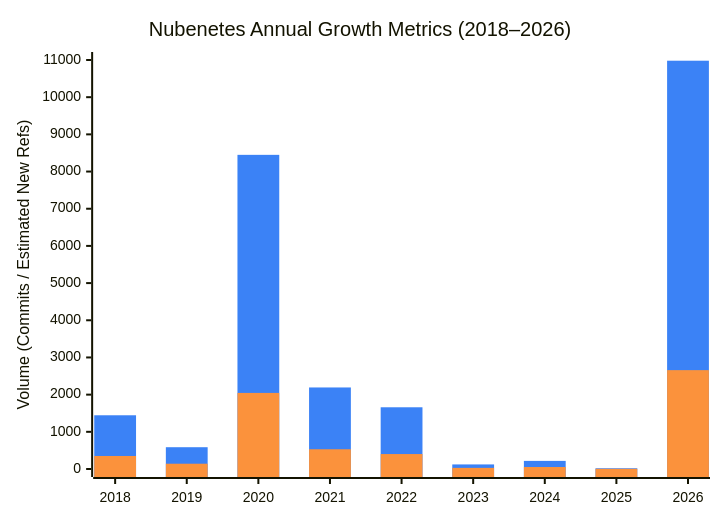
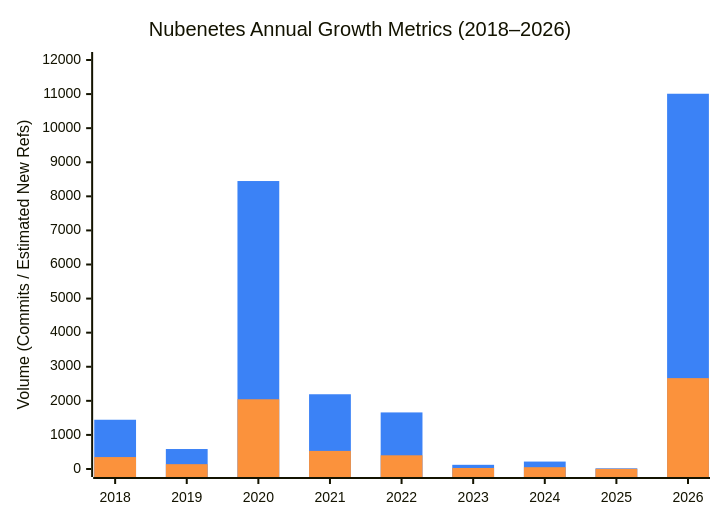
Before and after one commit to sec-js/awesome-kubernetes: the first of 12 diagrams in README.md, drawn with Mermaid. The commit also changed other lines of this file and 7 other files, not shown here.

````diff
--- a/README.md
+++ b/README.md
@@ -187,15 +187,15 @@
 ```mermaid
 ---
 config:
   themeVariables:
     xyChart:
       plotColorPalette: '#3b82f6, #fb923c'
   theme: mc
 ---
 xychart-beta
     title "Nubenetes Annual Growth Metrics (2018–2026)"
     x-axis ["2018", "2019", "2020", "2021", "2022", "2023", "2024", "2025", "2026"]
-    y-axis "Volume (Commits / Estimated New Refs)" 0 --> 11000
-    bar [1445, 586, 8449, 2193, 1660, 123, 218, 20, 10981]
-    bar [350, 142, 2046, 531, 402, 30, 53, 5, 2659]
+    y-axis "Volume (Commits / Estimated New Refs)" 0 --> 12000
+    bar [1445, 586, 8449, 2193, 1660, 123, 218, 20, 11010]
+    bar [350, 142, 2046, 531, 402, 30, 53, 5, 2666]
 ```
````
